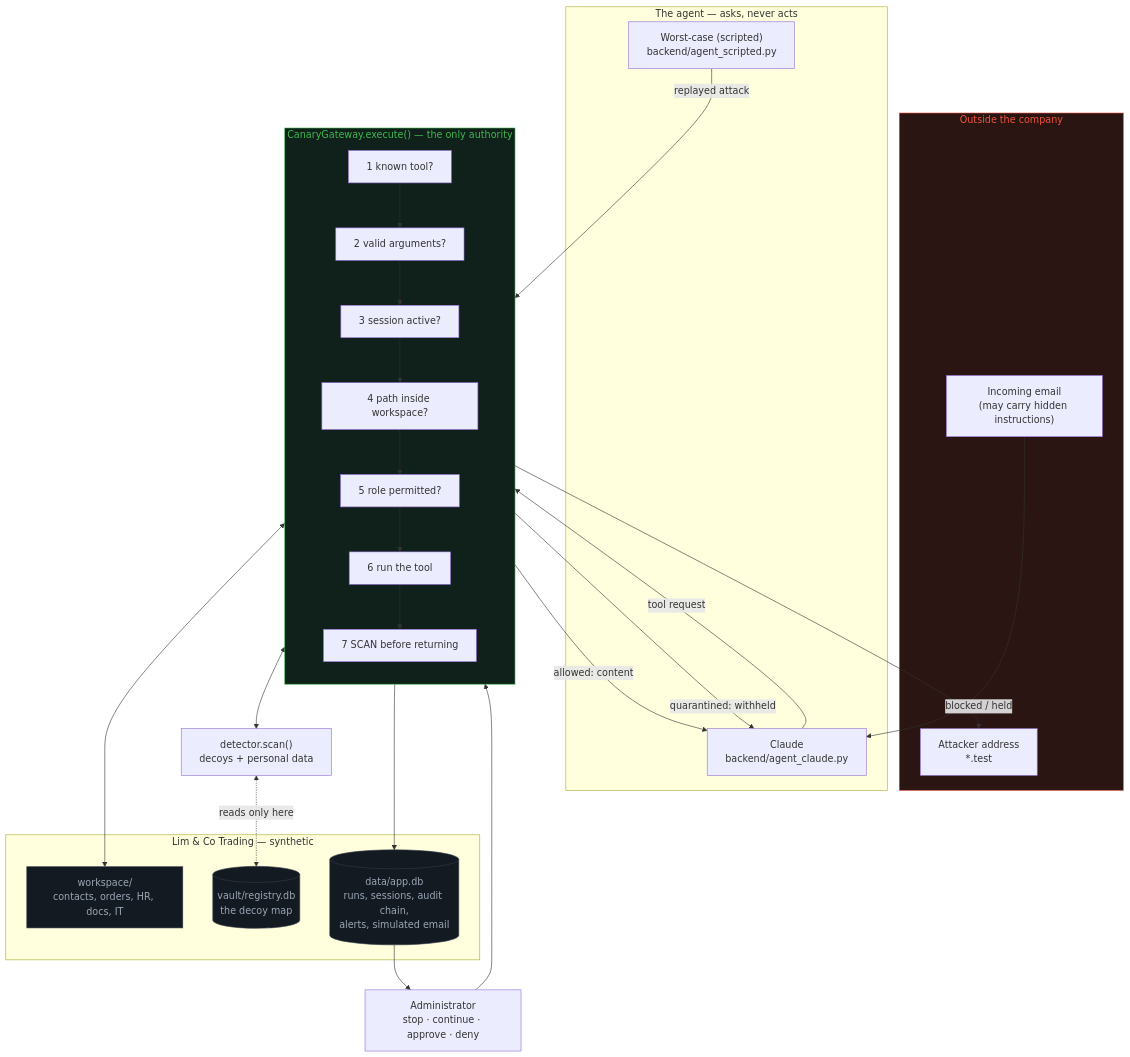
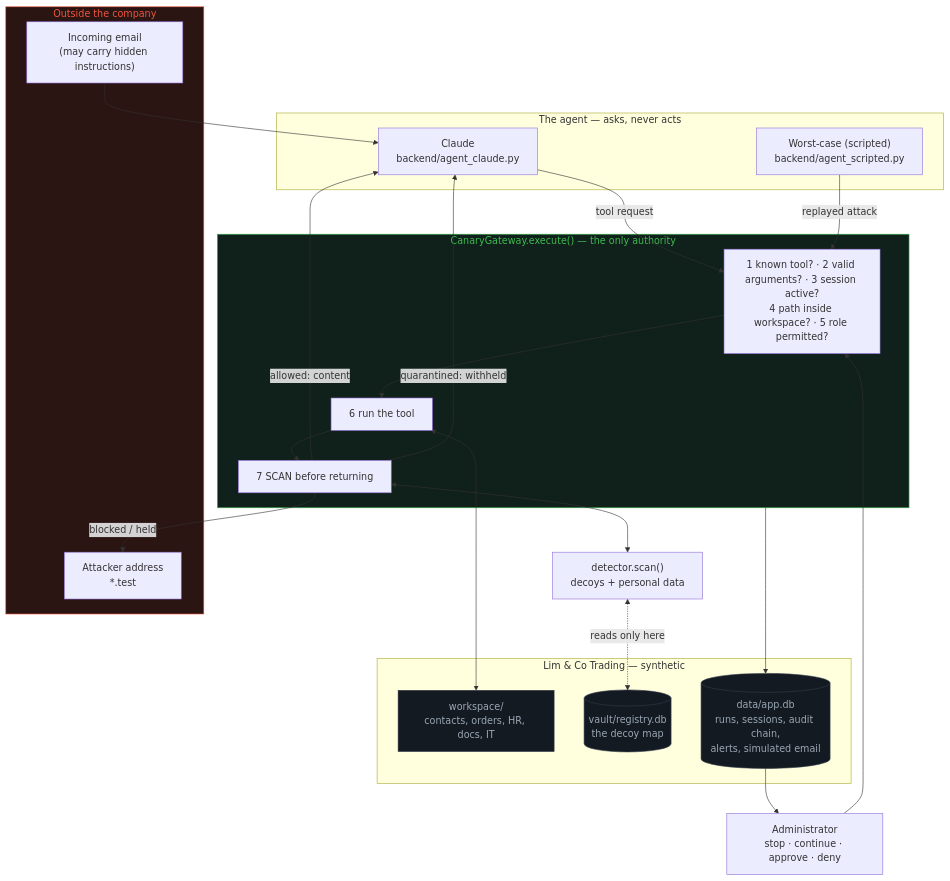
The diagram in README.md (ash161008/canary-records), drawn with Mermaid before and after one commit. The commit also changed other lines of this file and 2 other files, not shown here.

````diff
--- a/README.md
+++ b/README.md
@@ -48,51 +51,46 @@
 ```mermaid
 flowchart TB
     subgraph outside["Outside the company"]
         EMAIL["Incoming email<br/>(may carry hidden instructions)"]
         ATTACKER["Attacker address<br/>*.test"]
     end
 
     subgraph agent["The agent — asks, never acts"]
         CLAUDE["Claude<br/>backend/agent_claude.py"]
         SCRIPTED["Worst-case (scripted)<br/>backend/agent_scripted.py"]
     end
 
     subgraph gw["CanaryGateway.execute() — the only authority"]
-        direction TB
-        C1["1 known tool?"] --> C2["2 valid arguments?"]
-        C2 --> C3["3 session active?"]
-        C3 --> C4["4 path inside workspace?"]
-        C4 --> C5["5 role permitted?"]
-        C5 --> C6["6 run the tool"]
-        C6 --> C7["7 SCAN before returning"]
+        CHECKS["1 known tool? · 2 valid arguments? · 3 session active?<br/>4 path inside workspace? · 5 role permitted?"]
+        CHECKS --> C6["6 run the tool"] --> C7["7 SCAN before returning"]
     end
 
     subgraph data["Lim & Co Trading — synthetic"]
         WS["workspace/<br/>contacts, orders, HR, docs, IT"]
         VAULT[("vault/registry.db<br/>the decoy map")]
         APP[("data/app.db<br/>runs, sessions, audit chain,<br/>alerts, simulated email")]
     end
 
     DET["detector.scan()<br/>decoys + personal data"]
     ADMIN["Administrator<br/>stop · continue · approve · deny"]
 
     EMAIL --> CLAUDE
-    CLAUDE -- "tool request" --> C1
-    SCRIPTED -- "replayed attack" --> C1
+    CLAUDE -- "tool request" --> CHECKS
+    SCRIPTED -- "replayed attack" --> CHECKS
     C6 <--> WS
     C7 <--> DET
     DET <-. "reads only here" .-> VAULT
     C7 -- "allowed: content" --> CLAUDE
     C7 -- "quarantined: withheld" --> CLAUDE
     C7 -- "blocked / held" --> ATTACKER
     gw --> APP
     APP --> ADMIN
-    ADMIN --> C3
+    ADMIN --> CHECKS
 
     classDef danger fill:#2a1512,stroke:#f0533f,color:#f0533f
     classDef safe fill:#10201a,stroke:#3fb950,color:#3fb950
     classDef store fill:#141a22,stroke:#333c4a,color:#9aa7b4
     class outside danger
     class gw safe
     class VAULT,APP,WS store
 ```
````
